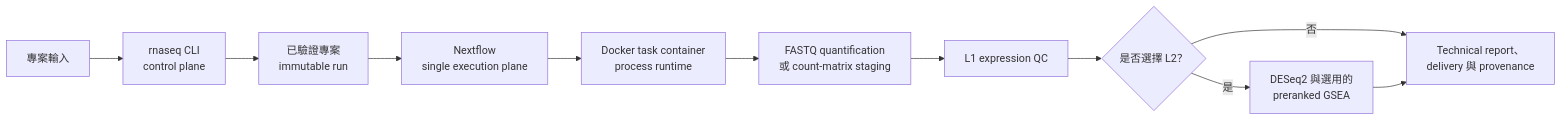
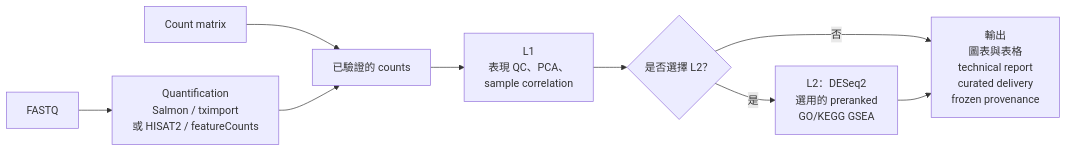
The diagram in README_zh-TW.md (2002brian/nf-rna), drawn with Mermaid before and after one commit. The commit also changed other lines of this file and 1 other file, not shown here.

Commit message:
docs: restore scientific data flow in README

````diff
--- a/README_zh-TW.md
+++ b/README_zh-TW.md
@@ -19,13 +19,11 @@
 ```mermaid
 flowchart LR
-    A[專案輸入] --> B["rnaseq CLI<br/>control plane"]
-    B --> C["已驗證專案<br/>immutable run"]
-    C --> D["Nextflow<br/>single execution plane"]
-    D --> E["Docker task container<br/>process runtime"]
-    E --> F["FASTQ quantification<br/>或 count-matrix staging"]
-    F --> G["L1 expression QC"]
-    G --> H{是否選擇 L2？}
-    H -- 是 --> I["DESeq2 與選用的<br/>preranked GSEA"]
-    H -- 否 --> J["Technical report、<br/>delivery 與 provenance"]
-    I --> J
+    A[FASTQ] --> B["Quantification<br/>Salmon / tximport<br/>或 HISAT2 / featureCounts"]
+    C[Count matrix] --> D[已驗證的 counts]
+    B --> D
+    D --> E["L1<br/>表現 QC、PCA、<br/>sample correlation"]
+    E --> F{是否選擇 L2？}
+    F -- 是 --> G["L2：DESeq2<br/>選用的 preranked<br/>GO/KEGG GSEA"]
+    F -- 否 --> H["輸出<br/>圖表與表格<br/>technical report<br/>curated delivery<br/>frozen provenance"]
+    G --> H
 ```
````
